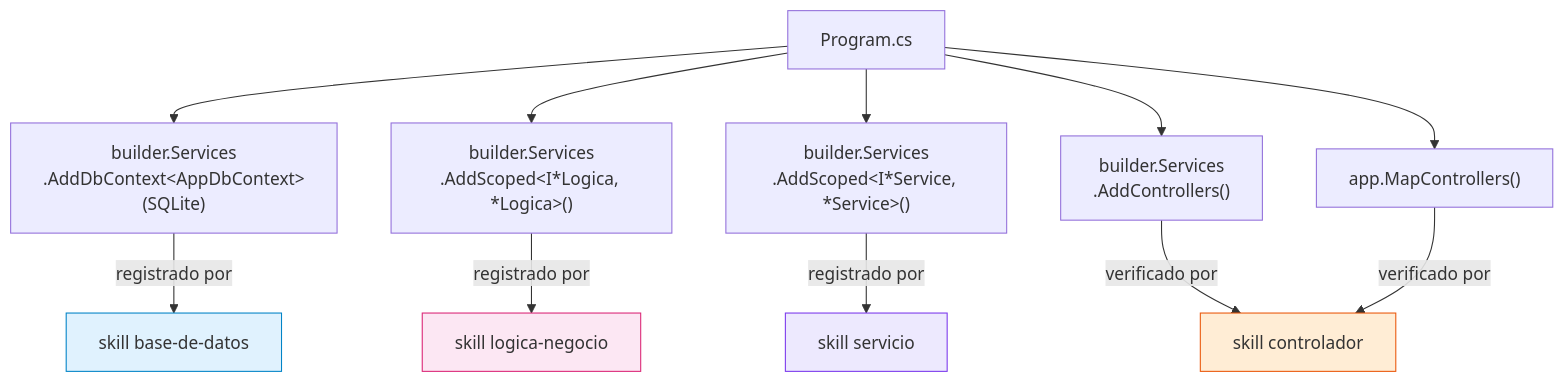
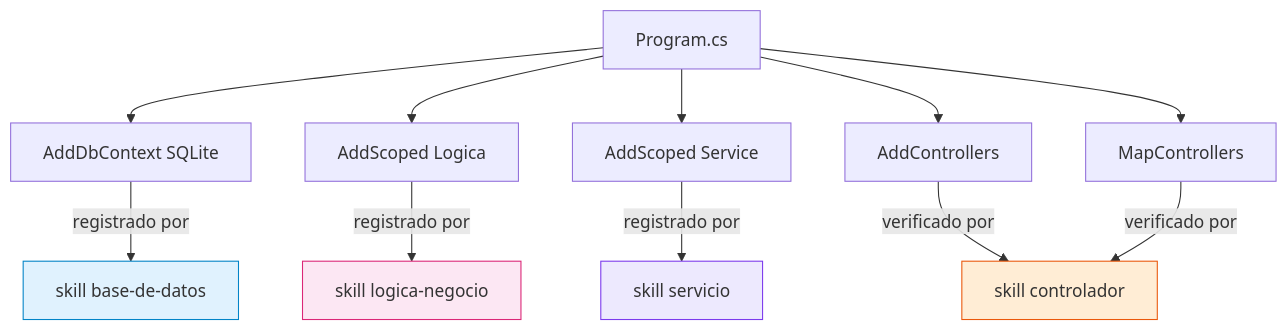
The sixth of 7 diagrams in docs/skills-orquestacion.md (hispafox/DemoCopilot), drawn with Mermaid before and after one commit. The commit also changed other lines of this file and 3 other files, not shown here.

````diff
--- a/docs/skills-orquestacion.md
+++ b/docs/skills-orquestacion.md
@@ -212,27 +266,27 @@
 ```mermaid
 flowchart TD
     PR["Program.cs"]
 
-    BD_REG["builder.Services\n.AddDbContext&lt;AppDbContext&gt;(SQLite)"]
-    LN_REG["builder.Services\n.AddScoped&lt;I*Logica, *Logica&gt;()"]
-    SV_REG["builder.Services\n.AddScoped&lt;I*Service, *Service&gt;()"]
-    CT_REG["builder.Services\n.AddControllers()"]
-    MAP["app.MapControllers()"]
+    BD_REG["AddDbContext SQLite"]
+    LN_REG["AddScoped Logica"]
+    SV_REG["AddScoped Service"]
+    CT_REG["AddControllers"]
+    MAP["MapControllers"]
 
     PR --> BD_REG
     PR --> LN_REG
     PR --> SV_REG
     PR --> CT_REG
     PR --> MAP
 
     BD_REG -->|"registrado por"| SK_BD["skill base-de-datos"]
     LN_REG -->|"registrado por"| SK_LN["skill logica-negocio"]
     SV_REG -->|"registrado por"| SK_SV["skill servicio"]
     CT_REG -->|"verificado por"| SK_CT["skill controlador"]
     MAP    -->|"verificado por"| SK_CT
 
     style SK_BD fill:#e0f2fe,stroke:#0284c7
     style SK_LN fill:#fce7f3,stroke:#db2777
     style SK_SV fill:#ede9fe,stroke:#7c3aed
     style SK_CT fill:#ffedd5,stroke:#ea580c
 ```
````
